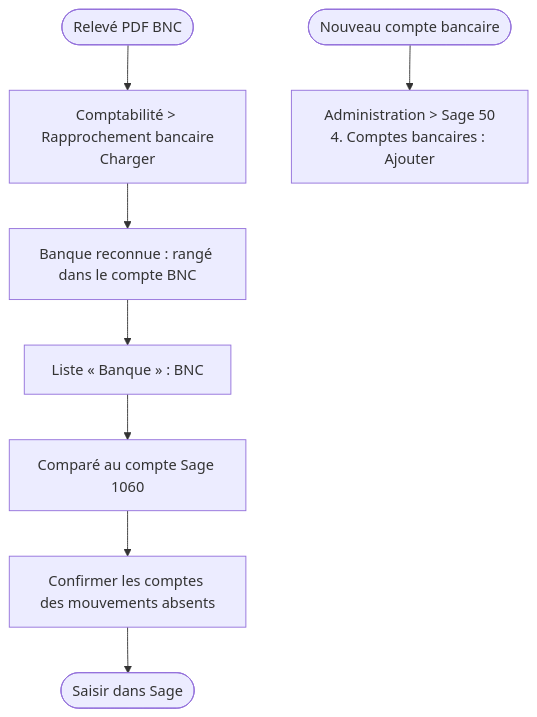
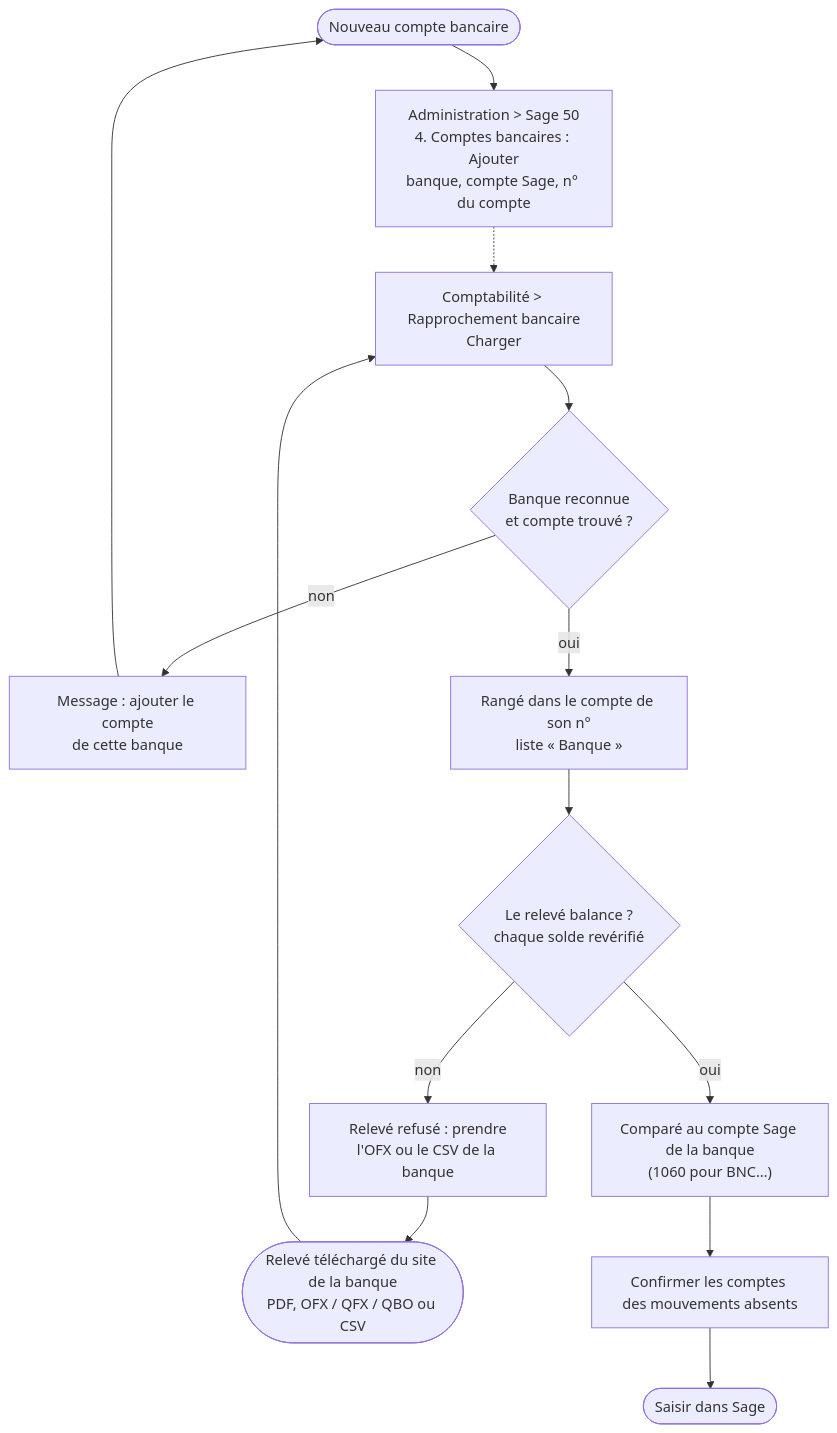
Before and after one commit to mteingueng-dot/MVOGMBI_Sync_2026.1: diagram 16 of 31 in documentation/WORKFLOWS.md, drawn with Mermaid. The commit also changed other lines of this file and 41 other files, not shown here.

````diff
--- a/documentation/WORKFLOWS.md
+++ b/documentation/WORKFLOWS.md
@@ -263,10 +263,14 @@
 ```mermaid
 flowchart TD
-    A([Relevé PDF BNC]) --> B["Comptabilité > Rapprochement bancaire<br/>Charger"]
-    B --> C["Banque reconnue : rangé dans le compte BNC"]
-    C --> D["Liste « Banque » : BNC"]
-    D --> E["Comparé au compte Sage 1060"]
+    H([Nouveau compte bancaire]) --> I["Administration > Sage 50<br/>4. Comptes bancaires : Ajouter<br/>banque, compte Sage, n° du compte"]
+    A([Relevé téléchargé du site de la banque<br/>PDF, OFX / QFX / QBO ou CSV]) --> B["Comptabilité > Rapprochement bancaire<br/>Charger"]
+    I -.-> B
+    B --> C{"Banque reconnue<br/>et compte trouvé ?"}
+    C -- non --> J["Message : ajouter le compte<br/>de cette banque"] --> H
+    C -- oui --> D["Rangé dans le compte de son n°<br/>liste « Banque »"]
+    D --> K{"Le relevé balance ?<br/>chaque solde revérifié"}
+    K -- non --> L["Relevé refusé : prendre<br/>l'OFX ou le CSV de la banque"] --> A
+    K -- oui --> E["Comparé au compte Sage de la banque<br/>(1060 pour BNC…)"]
     E --> F["Confirmer les comptes des mouvements absents"]
     F --> G([Saisir dans Sage])
-    H([Nouveau compte bancaire]) --> I["Administration > Sage 50<br/>4. Comptes bancaires : Ajouter"]
 ```
````
